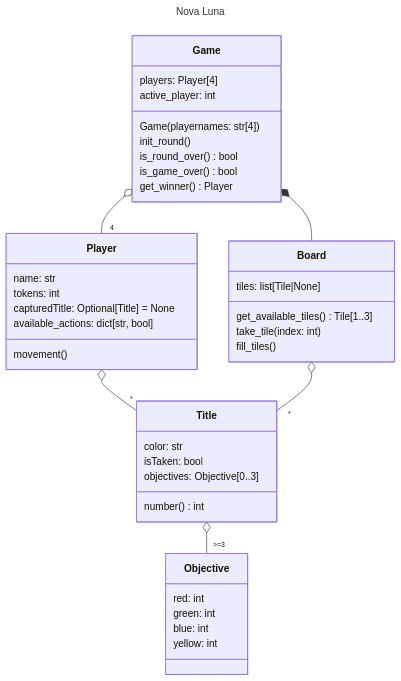
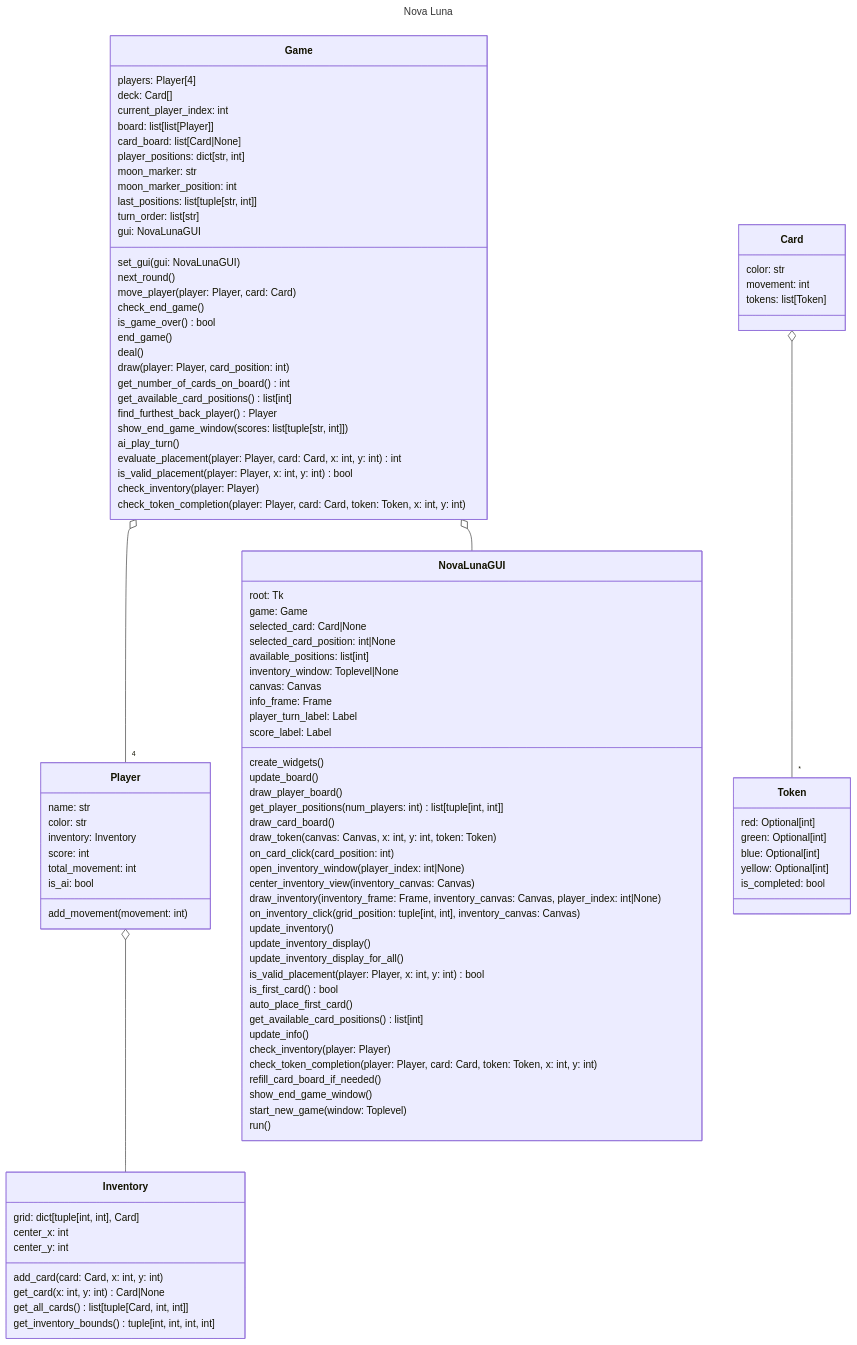
One commit to Uni-Sopron/nova-luna changed the diagram in classdiagram.md. Above: the diagram before and after it, drawn with Mermaid.

Commit message:
Adat struktúra frissítése

````diff
--- a/classdiagram.md
+++ b/classdiagram.md
@@ -6,46 +6,109 @@
 
 class Game {
     players: Player[4]
-    active_player: int
-    Game(playernames: str[4])
-    init_round()
-    is_round_over() bool
+    deck: Card[]
+    current_player_index: int
+    board: list[list[Player]]
+    card_board: list[Card|None]
+    player_positions: dict[str, int]
+    moon_marker: str
+    moon_marker_position: int
+    last_positions: list[tuple[str, int]]
+    turn_order: list[str]
+    gui: NovaLunaGUI
+    set_gui(gui: NovaLunaGUI)
+    next_round()
+    move_player(player: Player, card: Card)
+    check_end_game()
     is_game_over() bool
-    get_winner() Player
+    end_game()
+    deal()
+    draw(player: Player, card_position: int)
+    get_number_of_cards_on_board() int
+    get_available_card_positions() list[int]
+    find_furthest_back_player() Player
+    show_end_game_window(scores: list[tuple[str, int]])
+    ai_play_turn()
+    evaluate_placement(player: Player, card: Card, x: int, y: int) int
+    is_valid_placement(player: Player, x: int, y: int) bool
+    check_inventory(player: Player)
+    check_token_completion(player: Player, card: Card, token: Token, x: int, y: int)
 }
 
 class Player {
     name: str
-    tokens: int
-    capturedTitle: Optional[Title] = None
-    available_actions: dict[str, bool]
-    movement()
+    color: str
+    inventory: Inventory
+    score: int
+    total_movement: int
+    is_ai: bool
+    add_movement(movement: int)
 }
 Game o-- "4" Player
 
-class Title {
+class Inventory {
+    grid: dict[tuple[int, int], Card]
+    center_x: int
+    center_y: int
+    add_card(card: Card, x: int, y: int)
+    get_card(x: int, y: int) Card|None
+    get_all_cards() list[tuple[Card, int, int]]
+    get_inventory_bounds() tuple[int, int, int, int]
+}
+Player o-- Inventory
+
+class Card {
     color: str
-    isTaken: bool
-    objectives: Objective[0..3]
-    number() int
+    movement: int
+    tokens: list[Token]
 }
-Player o-- "*" Title
 
-class Board {
-    tiles: list[Tile|None]
-    get_available_tiles() Tile[1..3]
-    take_tile(index: int)
-    fill_tiles()
+class Token {
+    red: Optional[int]
+    green: Optional[int]
+    blue: Optional[int]
+    yellow: Optional[int]
+    is_completed: bool
 }
-Game *-- Board
+Card o-- "*" Token
 
-class Objective {
-    red: int
-    green: int
-    blue: int
-    yellow: int
+class NovaLunaGUI {
+    root: Tk
+    game: Game
+    selected_card: Card|None
+    selected_card_position: int|None
+    available_positions: list[int]
+    inventory_window: Toplevel|None
+    canvas: Canvas
+    info_frame: Frame
+    player_turn_label: Label
+    score_label: Label
+    create_widgets()
+    update_board()
+    draw_player_board()
+    get_player_positions(num_players: int) list[tuple[int, int]]
+    draw_card_board()
+    draw_token(canvas: Canvas, x: int, y: int, token: Token)
+    on_card_click(card_position: int)
+    open_inventory_window(player_index: int|None)
+    center_inventory_view(inventory_canvas: Canvas)
+    draw_inventory(inventory_frame: Frame, inventory_canvas: Canvas, player_index: int|None)
+    on_inventory_click(grid_position: tuple[int, int], inventory_canvas: Canvas)
+    update_inventory()
+    update_inventory_display()
+    update_inventory_display_for_all()
+    is_valid_placement(player: Player, x: int, y: int) bool
+    is_first_card() bool
+    auto_place_first_card()
+    get_available_card_positions() list[int]
+    update_info()
+    check_inventory(player: Player)
+    check_token_completion(player: Player, card: Card, token: Token, x: int, y: int)
+    refill_card_board_if_needed()
+    show_end_game_window()
+    start_new_game(window: Toplevel)
+    run()
 }
-Board o-- "*" Title
-Title o-- ">=3" Objective
+Game o-- NovaLunaGUI
 
 ```
````
